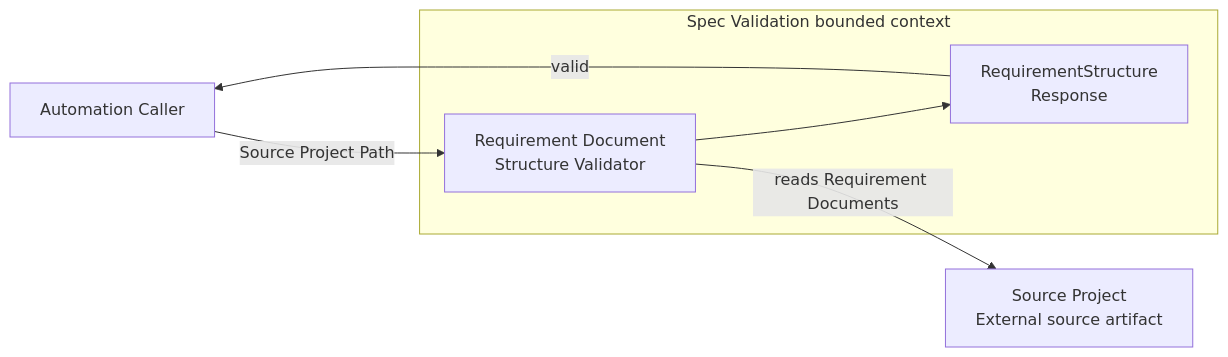
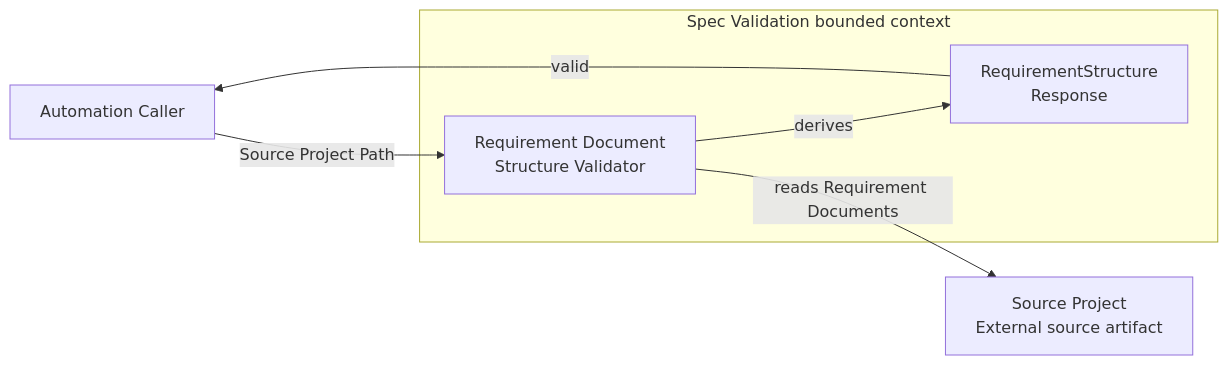
Before and after one commit to exasol/coding-agent-flow: the diagram in doc/requirements/domain/spec-validation/context_and_scope.md, drawn with Mermaid. The commit also changed other lines of this file and 6 other files, not shown here.

Commit message:
Added domain model diagrams for "Spec Validation" domain.

````diff
--- a/doc/requirements/domain/spec-validation/context_and_scope.md
+++ b/doc/requirements/domain/spec-validation/context_and_scope.md
@@ -16,15 +19,15 @@
 ```mermaid
 flowchart LR
     caller["Automation Caller"]
     project["Source Project<br/>External source artifact"]
 
     subgraph spec_validation["Spec Validation bounded context"]
         validator["Requirement Document<br/>Structure Validator"]
         response["RequirementStructure<br/>Response"]
-        validator --> response
+        validator -->|derives| response
     end
 
     caller -->|Source Project Path| validator
     validator -->|reads Requirement Documents| project
     response -->|valid| caller
 ```
````
